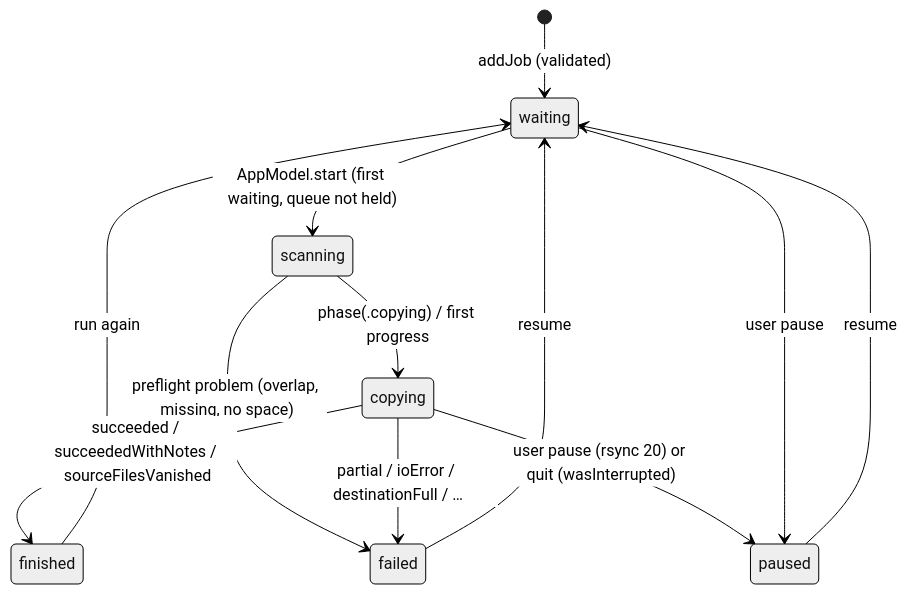
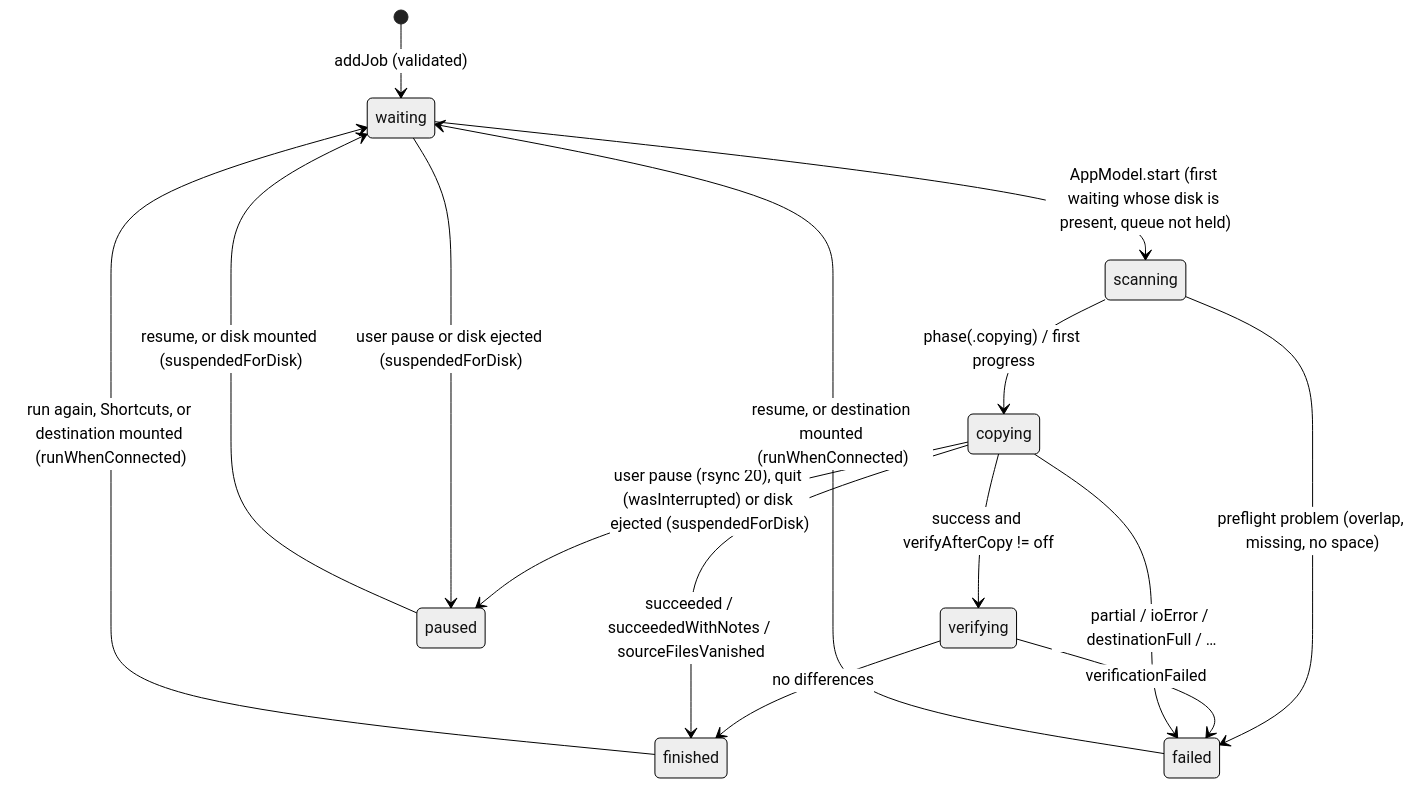
One commit to berkbb/copiator-mac-universal changed the first of 2 diagrams in .agents/context/symbolic_memory_graph.md. Above: the diagram before and after it, drawn with Mermaid (neutral theme). The commit also changed other lines of this file and 44 other files, not shown here.

````diff
--- a/.agents/context/symbolic_memory_graph.md
+++ b/.agents/context/symbolic_memory_graph.md
@@ -27,14 +31,17 @@
 ```mermaid
 stateDiagram-v2
     [*] --> waiting: addJob (validated)
-    waiting --> scanning: AppModel.start (first waiting, queue not held)
+    waiting --> scanning: AppModel.start (first waiting whose disk is present, queue not held)
     scanning --> copying: phase(.copying) / first progress
     scanning --> failed: preflight problem (overlap, missing, no space)
+    copying --> verifying: success and verifyAfterCopy != off
+    verifying --> finished: no differences
+    verifying --> failed: verificationFailed
     copying --> finished: succeeded / succeededWithNotes / sourceFilesVanished
     copying --> failed: partial / ioError / destinationFull / …
-    copying --> paused: user pause (rsync 20) or quit (wasInterrupted)
-    waiting --> paused: user pause
-    paused --> waiting: resume
-    failed --> waiting: resume
-    finished --> waiting: run again
+    copying --> paused: user pause (rsync 20), quit (wasInterrupted) or disk ejected (suspendedForDisk)
+    waiting --> paused: user pause or disk ejected (suspendedForDisk)
+    paused --> waiting: resume, or disk mounted (suspendedForDisk)
+    failed --> waiting: resume, or destination mounted (runWhenConnected)
+    finished --> waiting: run again, Shortcuts, or destination mounted (runWhenConnected)
 ```
````
